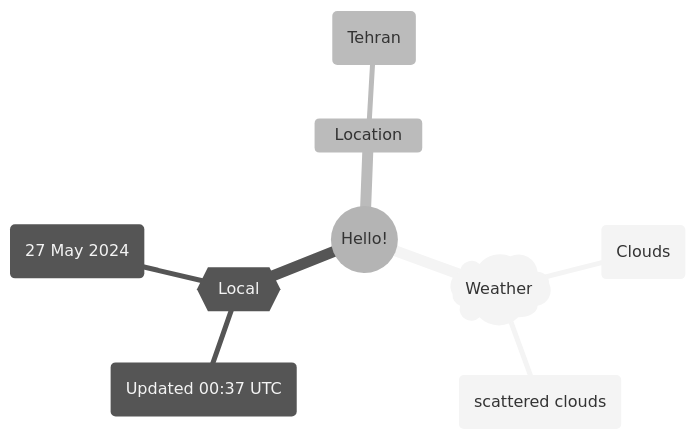
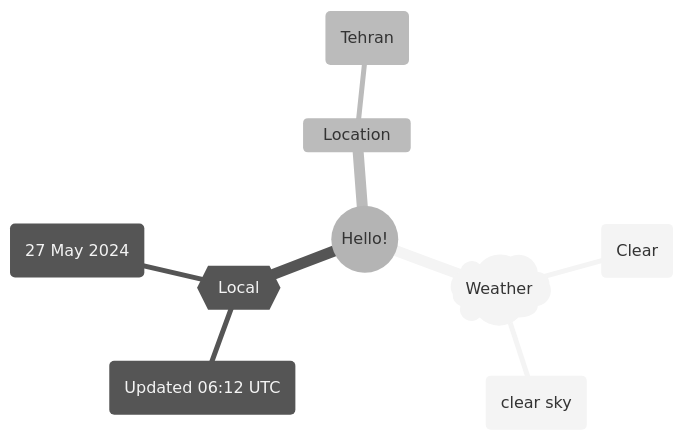
The first of 2 diagrams in README.md (Xosrov/Xosrov), drawn with Mermaid (neutral theme) before and after one commit.

Commit message:
[bot] updated images

````diff
--- a/README.md
+++ b/README.md
@@ -3,12 +3,12 @@
 ```mermaid
 mindmap
   root((Hello!))
     )Weather(
-        (Clouds)
-        (scattered clouds)
+        (Clear)
+        (clear sky)
     {{Local}}
-        (Updated 00:37 UTC)
+        (Updated 06:12 UTC)
         (27 May 2024)
     Location
         (Tehran)
 ```
````
